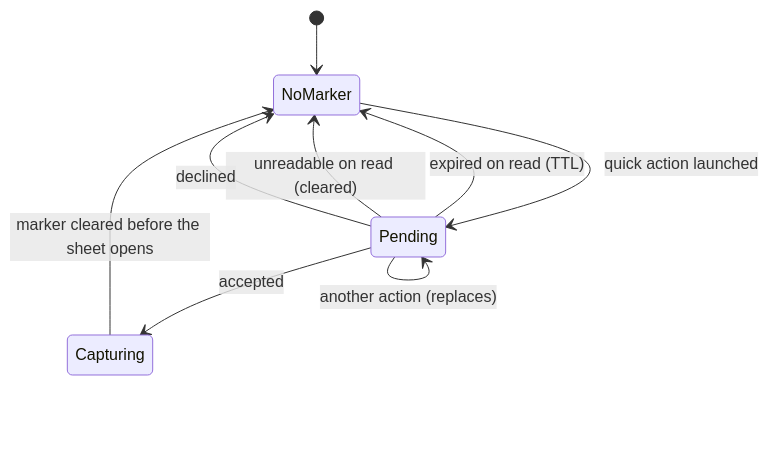
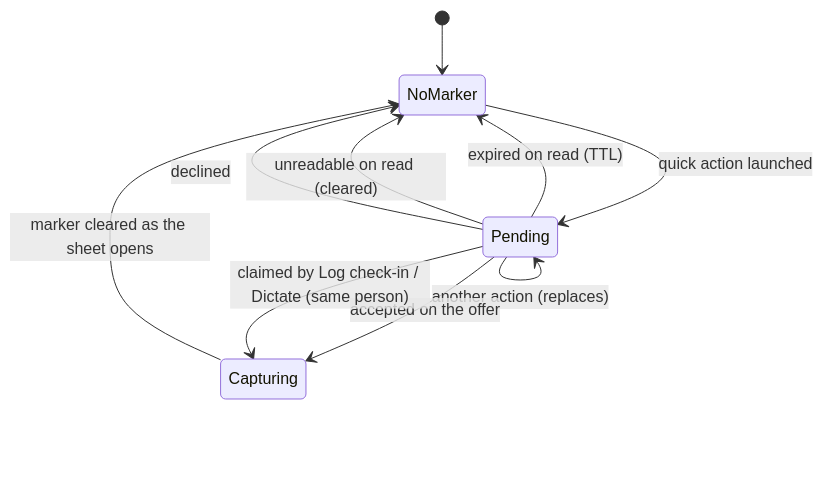
Diagram 15 of 15 in knowledge/features/relationships.md (matthiasn/lotti), drawn with Mermaid before and after one commit. The commit also changed other lines of this file and 9 other files, not shown here.

````diff
--- a/knowledge/features/relationships.md
+++ b/knowledge/features/relationships.md
@@ -2027,11 +2042,12 @@
 ```mermaid
 stateDiagram-v2
   [*] --> NoMarker
   NoMarker --> Pending: quick action launched
   Pending --> Pending: another action (replaces)
   Pending --> NoMarker: expired on read (TTL)
   Pending --> NoMarker: unreadable on read (cleared)
   Pending --> NoMarker: declined
-  Pending --> Capturing: accepted
-  Capturing --> NoMarker: marker cleared before the sheet opens
+  Pending --> Capturing: accepted on the offer
+  Pending --> Capturing: claimed by Log check-in / Dictate (same person)
+  Capturing --> NoMarker: marker cleared as the sheet opens
 ```
````
